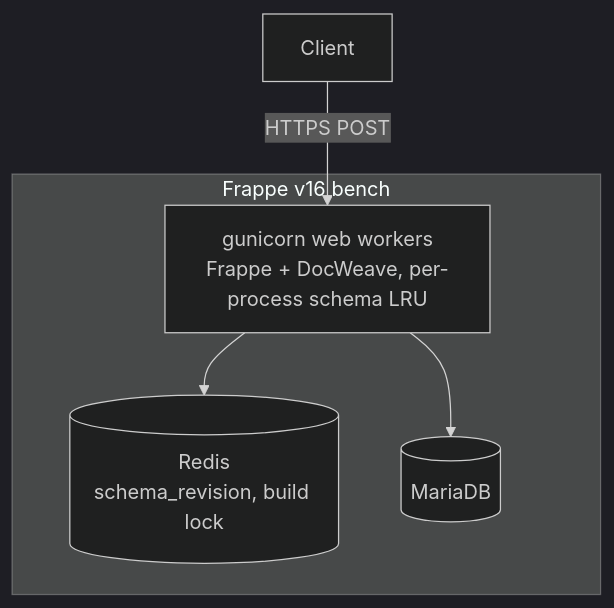
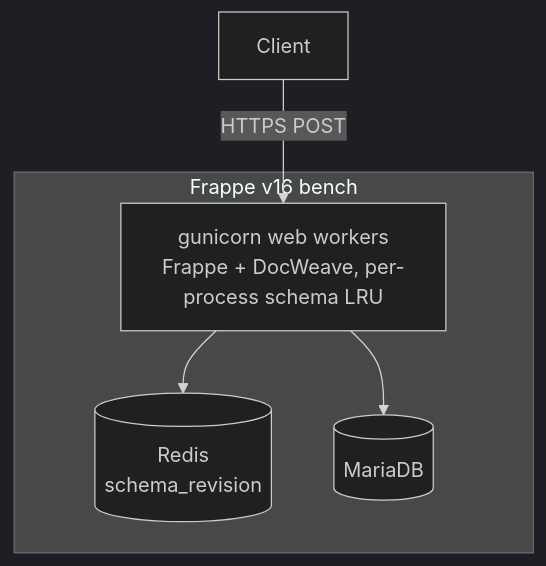
One commit to arieradle/docweave changed the third of 3 diagrams in _bmad-output/planning-artifacts/architecture/architecture-docweave-2026-10-24/ARCHITECTURE-SPINE.md. Above: the diagram before and after it, drawn with Mermaid (dark theme). The commit also changed other lines of this file and 8 other files, not shown here.

First line of the commit message:
Revise architecture after round-2 review; v1 read-only

````diff
--- a/_bmad-output/planning-artifacts/architecture/architecture-docweave-2026-10-24/ARCHITECTURE-SPINE.md
+++ b/_bmad-output/planning-artifacts/architecture/architecture-docweave-2026-10-24/ARCHITECTURE-SPINE.md
@@ -295,11 +349,11 @@
 ```mermaid
 flowchart TB
   subgraph Site[Frappe v16 bench]
     W[gunicorn web workers<br/>Frappe + DocWeave, per-process schema LRU]
-    R[(Redis<br/>schema_revision, build lock)]
+    R[(Redis<br/>schema_revision)]
     M[(MariaDB)]
   end
   Client -->|HTTPS POST| W
   W --> R
   W --> M
 ```
````
